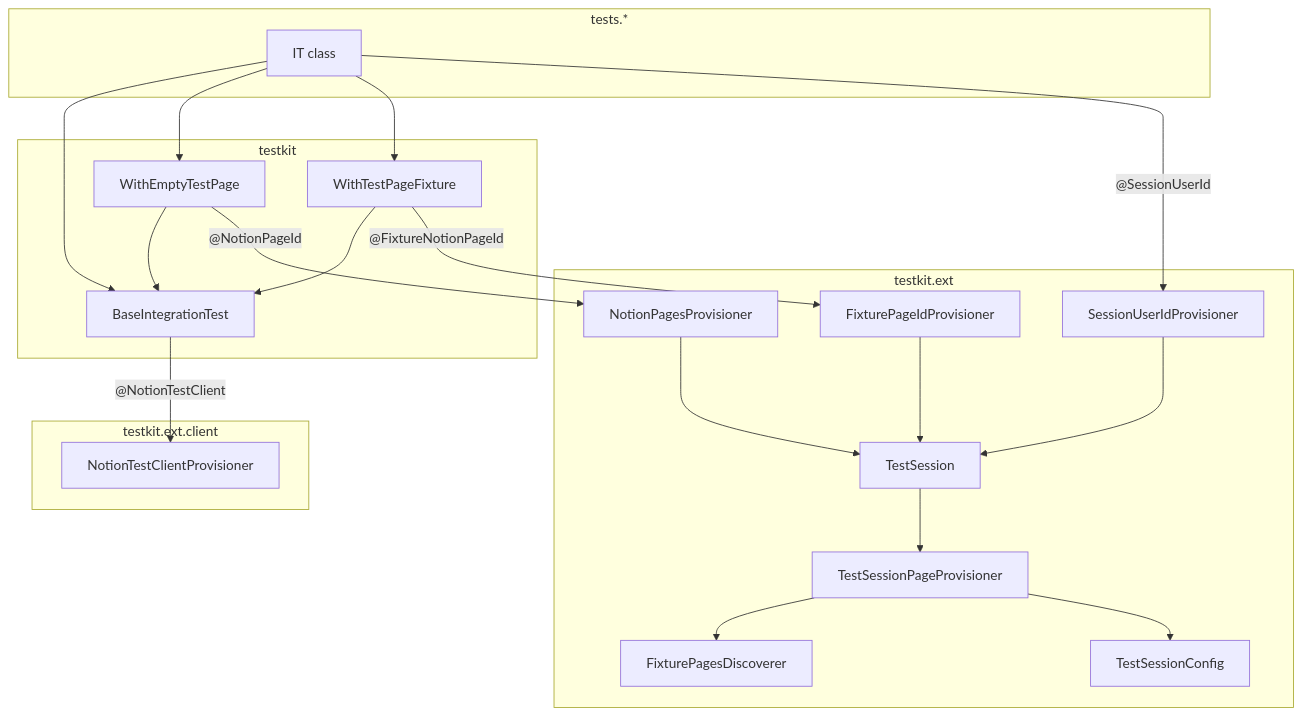
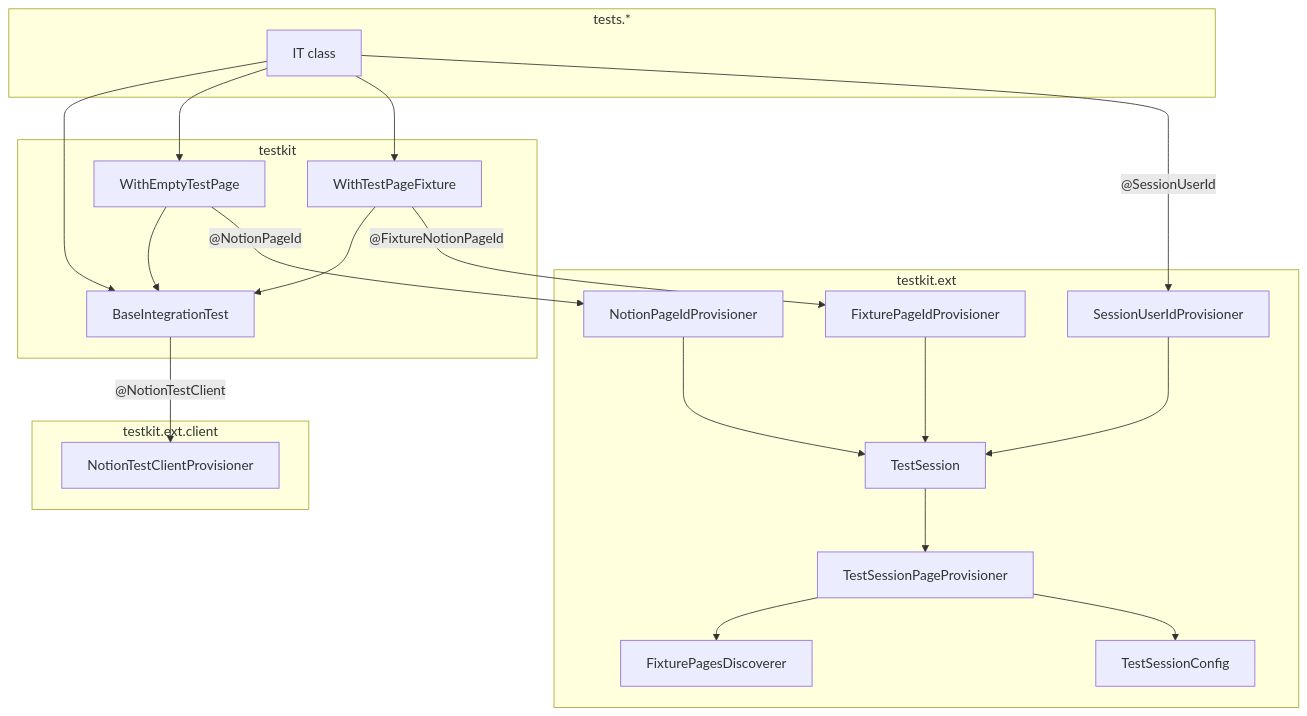
One commit to kristaxlab/notion-sdk changed the first of 4 diagrams in docs/internals/testkit.md. Above: the diagram before and after it, drawn with Mermaid. The commit also changed other lines of this file and 20 other files, not shown here.

````diff
--- a/docs/internals/testkit.md
+++ b/docs/internals/testkit.md
@@ -41,42 +41,42 @@
 ```mermaid
 flowchart TB
   subgraph tests["tests.*"]
     T["IT class"]
   end
 
   subgraph bases["testkit"]
     B["BaseIntegrationTest"]
     E["WithEmptyTestPage"]
     F["WithTestPageFixture"]
   end
 
   subgraph ext["testkit.ext"]
     TS["TestSession"]
     SUID["SessionUserIdProvisioner"]
-    TPP["NotionPagesProvisioner"]
+    TPP["NotionPageIdProvisioner"]
     FPP["FixturePageIdProvisioner"]
     SPP["TestSessionPageProvisioner"]
     FD["FixturePagesDiscoverer"]
     CFG["TestSessionConfig"]
   end
 
   subgraph client["testkit.ext.client"]
     NCP["NotionTestClientProvisioner"]
   end
 
   T --> B
   T --> E
   T --> F
   E --> B
   F --> B
   B -->|"@NotionTestClient"| NCP
   T -->|"@SessionUserId"| SUID
   E -->|"@NotionPageId"| TPP
   F -->|"@FixtureNotionPageId"| FPP
   SUID --> TS
   TPP --> TS
   FPP --> TS
   TS --> SPP
   SPP --> FD
   SPP --> CFG
 ```
````
